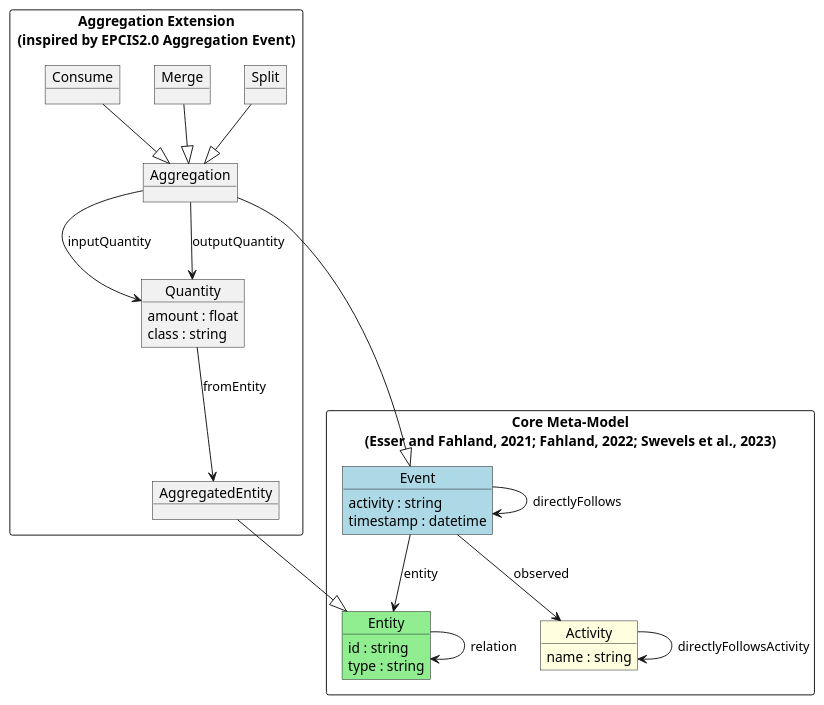
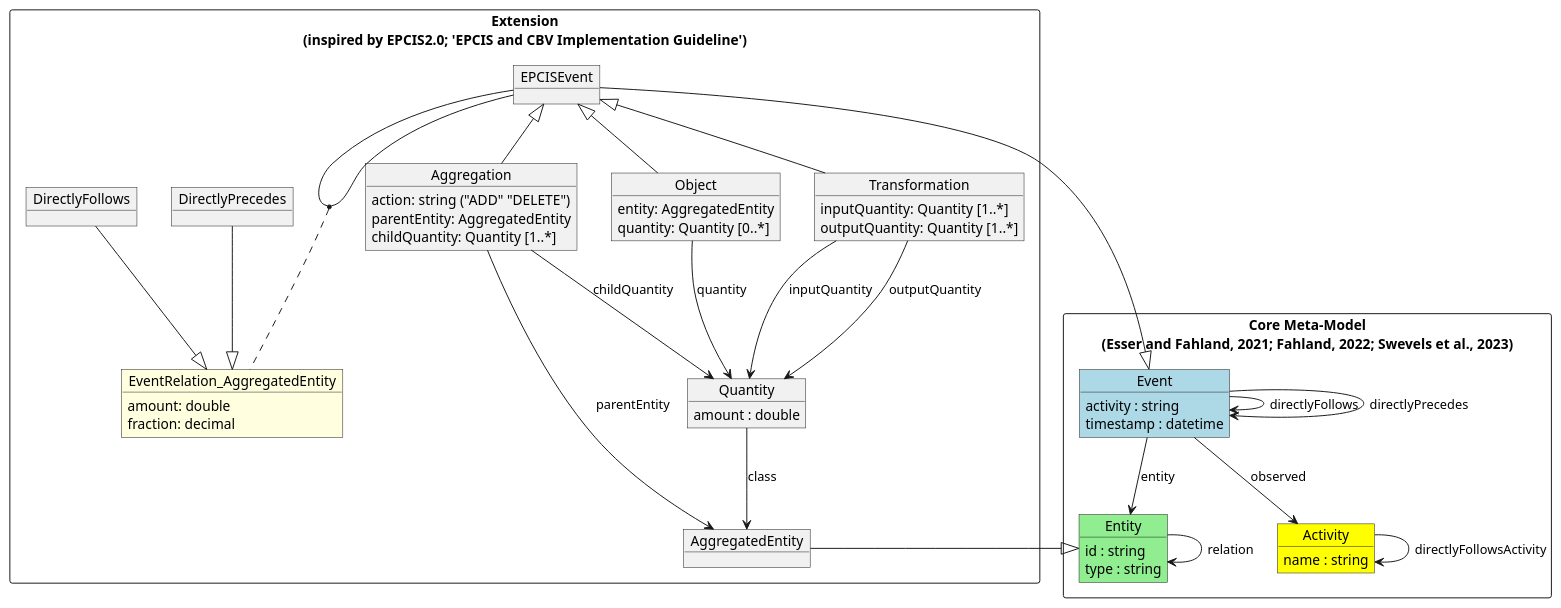
Before and after one commit to gitmpje/aggregated_traces: the diagram in model-EKG_extension.plantuml, drawn with PlantUML. The commit also changed 3 other files, not shown here.

Commit message:
Update diagram with EPCIS concepts and add DF examples

```diff
--- a/model-EKG_extension.plantuml
+++ b/model-EKG_extension.plantuml
@@ -1,52 +1,74 @@
 @startuml
 set namespaceSeparator none
 
 package "Core Meta-Model\n(Esser and Fahland, 2021; Fahland, 2022; Swevels et al., 2023)" <<Rectangle>> {
     object Event #LightBlue {
         activity : string
         timestamp : datetime
     }
     object Entity #LightGreen {
         id : string
         type : string
     }
-    object Activity #LightYellow {
+    object Activity #Yellow {
         name : string
     }
     ' object Log #SkyBlue {
     '     id : string
     ' }
 
     Event --> Entity : entity
     Event --> Activity : observed
     Entity --> Entity : relation
     ' Log --> Event : event
 
     Event --> Event : directlyFollows
+    Event --> Event : directlyPrecedes
     Activity --> Activity : directlyFollowsActivity
 }
 
-package "Aggregation Extension\n(inspired by EPCIS2.0 Aggregation Event)" <<Rectangle>> {
-    object Aggregation
-    object Split
-    object Merge
-    object Consume
-    Aggregation --|> Event
-    Split --|> Aggregation
-    Merge --|> Aggregation
-    Consume --|> Aggregation
+package "Extension\n(inspired by EPCIS2.0; 'EPCIS and CBV Implementation Guideline')" <<Rectangle>> {
+    object EPCISEvent
+    EPCISEvent --|> Event
+    object Aggregation {
+        action: string ("ADD" "DELETE")
+        parentEntity: AggregatedEntity
+        childQuantity: Quantity [1..*]
+    }
+    object Object {
+        entity: AggregatedEntity
+        quantity: Quantity [0..*]
+    }
+    object Transformation {
+        inputQuantity: Quantity [1..*]
+        outputQuantity: Quantity [1..*]
+    }
+    Object -u-|> EPCISEvent
+    Aggregation -u-|> EPCISEvent
+    Transformation -u-|> EPCISEvent
 
     object AggregatedEntity
-    AggregatedEntity --|> Entity
+    AggregatedEntity -l-|> Entity
 
     object Quantity {
-        amount : float
-        class : string
+        amount : double
     }
-    Aggregation --> Quantity : inputQuantity
-    Aggregation --> Quantity : outputQuantity
-    Quantity --> AggregatedEntity : fromEntity
+    Object --> Quantity : quantity
+    Aggregation --> Quantity : childQuantity
+    Aggregation --> AggregatedEntity : parentEntity
+    Transformation --> Quantity : inputQuantity
+    Transformation --> Quantity : outputQuantity
+    Quantity --> AggregatedEntity : class
 
-    ' Aggregation --> Aggregation : directlyFollowsAggregation
+    object "EventRelation_AggregatedEntity" as DF_DP #LightYellow {
+        amount: double
+        fraction: decimal
+    }
+    (EPCISEvent, EPCISEvent) . DF_DP
+
+    object "DirectlyFollows" as DF
+    object "DirectlyPrecedes" as DP
+    DF --|> DF_DP
+    DP --|> DF_DP
 }
 @enduml
```
